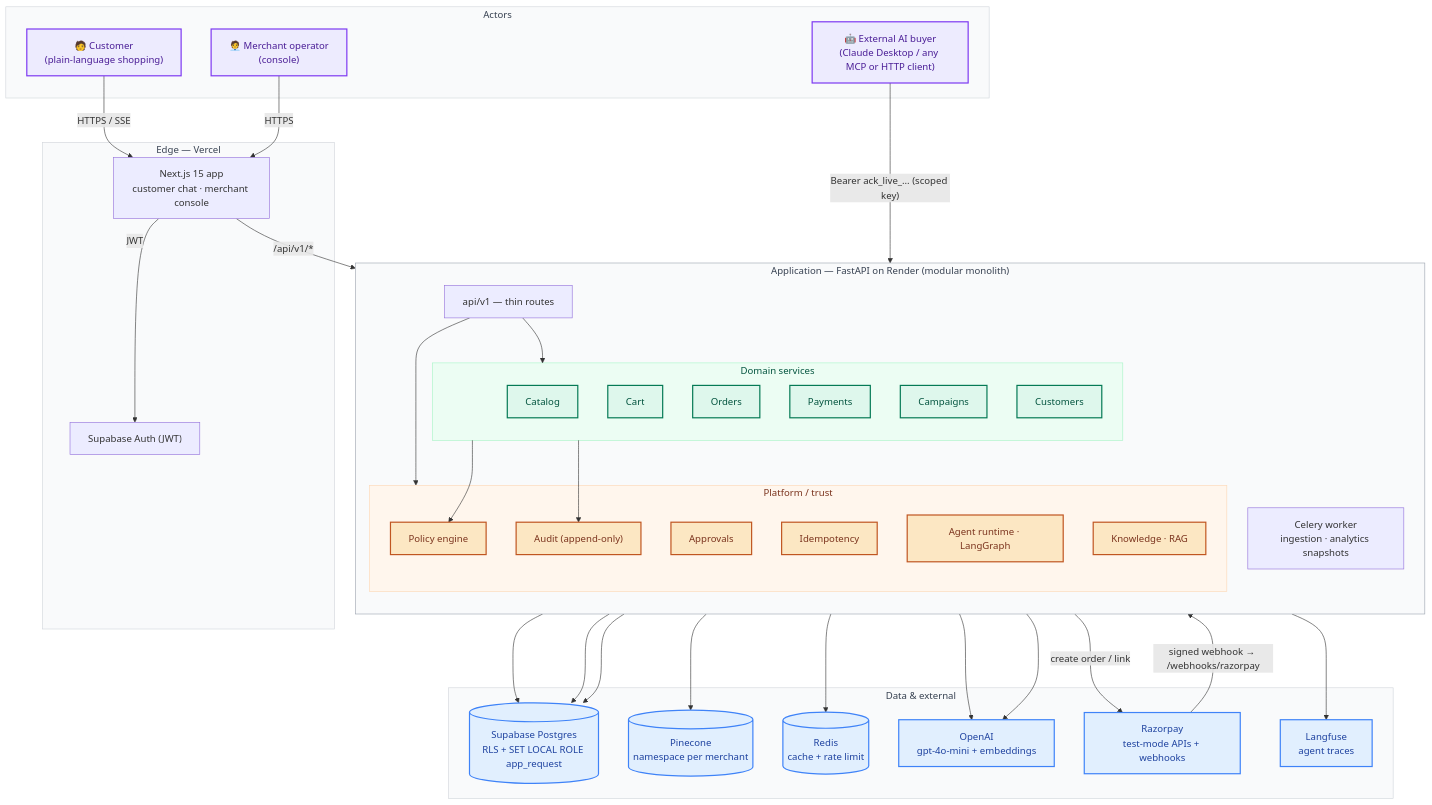
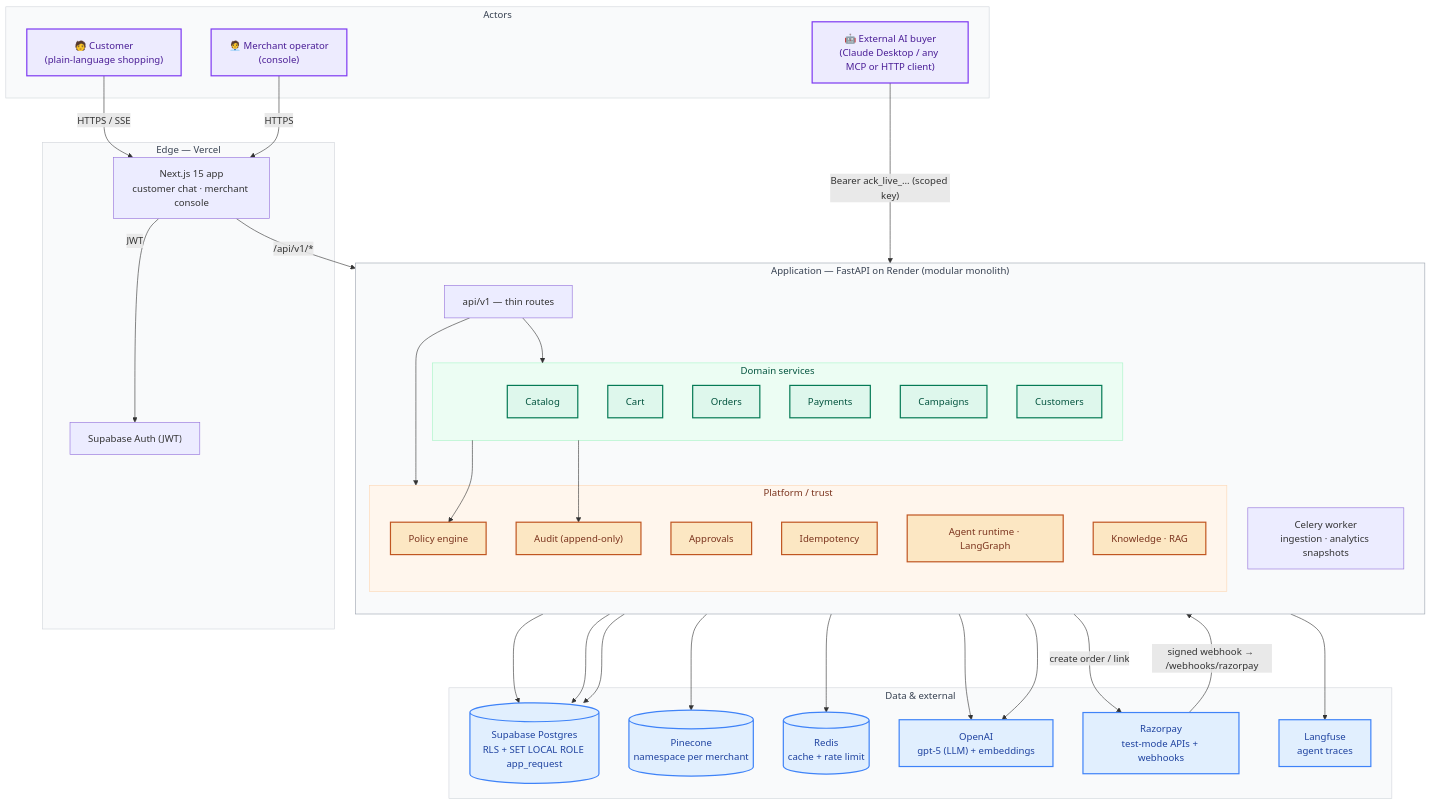
Before and after one commit to donthalamohanrao0-coder/commerceos: the first of 13 diagrams in README.md, drawn with Mermaid. The commit also changed other lines of this file, not shown here.

````diff
--- a/README.md
+++ b/README.md
@@ -107,76 +106,76 @@
 ```mermaid
 flowchart TB
   subgraph Actors
     C["🧑 Customer<br/>(plain-language shopping)"]:::act
     M["🧑‍💼 Merchant operator<br/>(console)"]:::act
     B["🤖 External AI buyer<br/>(Claude Desktop / any MCP or HTTP client)"]:::act
   end
 
   subgraph Edge["Edge — Vercel"]
     WEB["Next.js 15 app<br/>customer chat · merchant console"]
     AUTH["Supabase Auth (JWT)"]
   end
 
   subgraph App["Application — FastAPI on Render (modular monolith)"]
     direction TB
     API["api/v1 — thin routes"]
     subgraph Domains["Domain services"]
       CAT[Catalog]:::d
       CART[Cart]:::d
       ORD[Orders]:::d
       PAY[Payments]:::d
       CMP[Campaigns]:::d
       CUS[Customers]:::d
     end
     subgraph Platform["Platform / trust"]
       POL[Policy engine]:::t
       APR[Approvals]:::t
       AUD["Audit (append-only)"]:::t
       IDMP[Idempotency]:::t
       AG["Agent runtime · LangGraph"]:::t
       KB["Knowledge · RAG"]:::t
     end
     WRK["Celery worker<br/>ingestion · analytics snapshots"]
   end
 
   subgraph Data["Data & external"]
     PG[("Supabase Postgres<br/>RLS + SET LOCAL ROLE app_request")]:::ext
     PC[("Pinecone<br/>namespace per merchant")]:::ext
     RD[("Redis<br/>cache + rate limit")]:::ext
-    OAI["OpenAI<br/>gpt-4o-mini + embeddings"]:::ext
+    OAI["OpenAI<br/>gpt-5 (LLM) + embeddings"]:::ext
     RZP["Razorpay<br/>test-mode APIs + webhooks"]:::ext
     LF["Langfuse<br/>agent traces"]:::ext
   end
 
   C -->|HTTPS / SSE| WEB
   M -->|HTTPS| WEB
   B -->|"Bearer ack_live_… (scoped key)"| API
   WEB -->|JWT| AUTH
   WEB -->|"/api/v1/*"| API
   API --> Domains
   API --> Platform
   Domains --> POL
   Domains --> AUD
   AG --> OAI
   KB --> PC
   KB --> OAI
   Platform --> PG
   Domains --> PG
   WRK --> PG
   Platform --> RD
   PAY -->|create order / link| RZP
   RZP -->|"signed webhook → /webhooks/razorpay"| API
   AG --> LF
 
   classDef act fill:#EDEBFE,stroke:#7E3AF2,stroke-width:2px,color:#4A1D96;
   classDef d fill:#DEF7EC,stroke:#057A55,stroke-width:2px,color:#03543F;
   classDef t fill:#FCE7C3,stroke:#C05621,stroke-width:2px,color:#7B341E;
   classDef ext fill:#E1EFFE,stroke:#3F83F8,stroke-width:2px,color:#1E429F;
 
   style Actors fill:#F9FAFB,stroke:#D1D5DB,color:#374151
   style Edge fill:#F9FAFB,stroke:#D1D5DB,color:#374151
   style App fill:#F9FAFB,stroke:#9CA3AF,color:#374151
   style Domains fill:#ECFDF3,stroke:#A6F4C5,color:#03543F
   style Platform fill:#FFF6ED,stroke:#FDD8B5,color:#7B341E
   style Data fill:#F9FAFB,stroke:#D1D5DB,color:#374151
 ```
````
